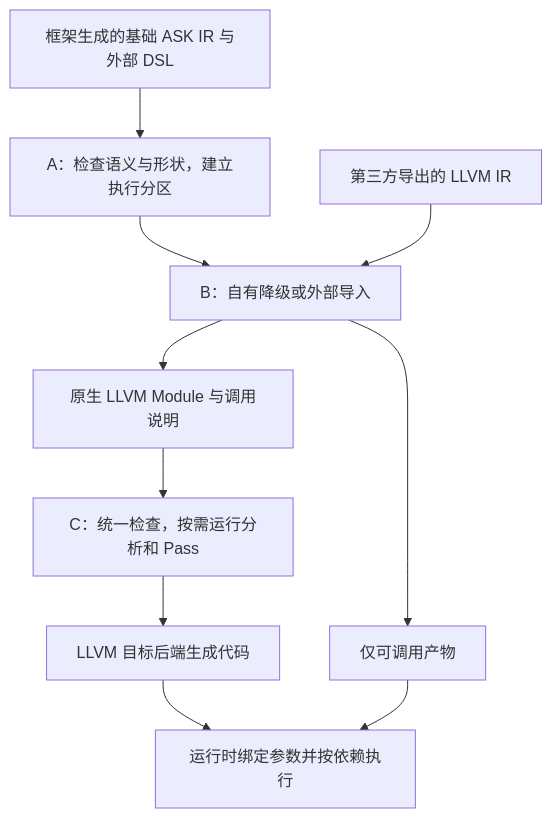
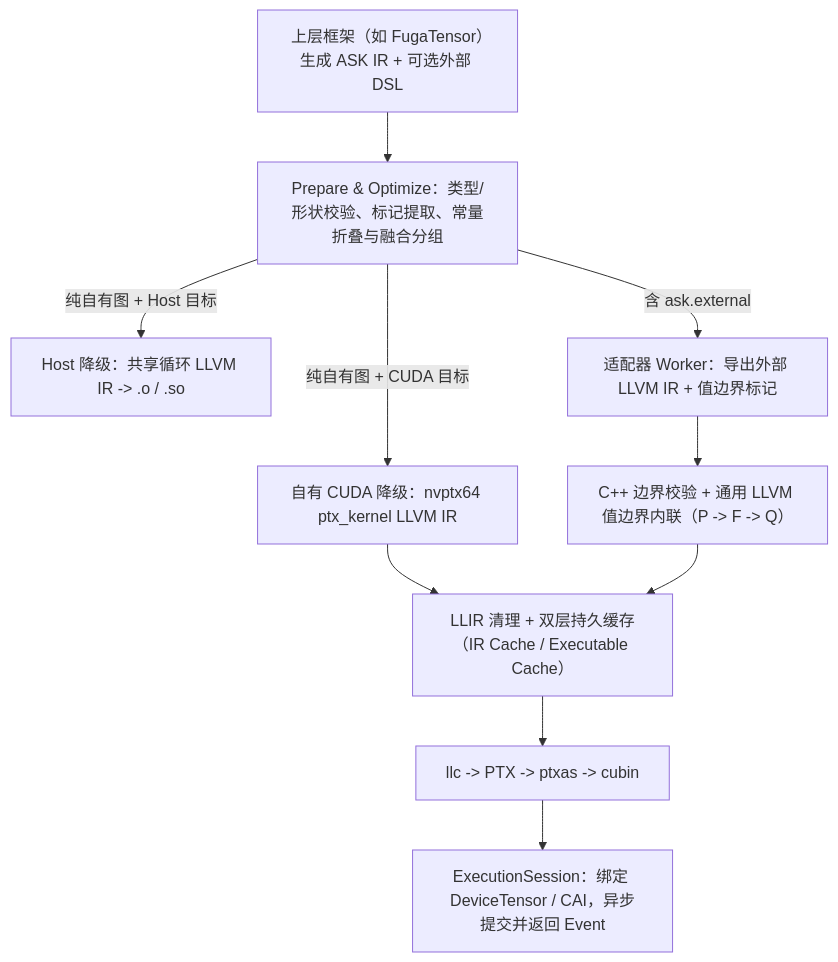
One commit to fugatensor/ask changed the diagram in docs/核心思想.md. Above: the diagram before and after it, drawn with Mermaid. The commit also changed other lines of this file and 104 other files, not shown here.

````diff
--- a/docs/核心思想.md
+++ b/docs/核心思想.md
@@ -123,12 +87,12 @@
 ```mermaid
 flowchart TD
-    G["框架生成的基础 ASK IR 与外部 DSL"] --> A["A：检查语义与形状，建立执行分区"]
-    A --> B["B：自有降级或外部导入"]
-    X["第三方导出的 LLVM IR"] --> B
-    B --> L["原生 LLVM Module 与调用说明"]
-    L --> C["C：统一检查，按需运行分析和 Pass"]
-    C --> E["LLVM 目标后端生成代码"]
-    B --> O["仅可调用产物"]
-    E --> R["运行时绑定参数并按依赖执行"]
-    O --> R
+    F["上层框架（如 FugaTensor）生成 ASK IR + 可选外部 DSL"] --> P["Prepare & Optimize：类型/形状校验、标记提取、常量折叠与融合分组"]
+    P -->|纯自有图 + Host 目标| H["Host 降级：共享循环 LLVM IR -> .o / .so"]
+    P -->|纯自有图 + CUDA 目标| G["自有 CUDA 降级：nvptx64 ptx_kernel LLVM IR"]
+    P -->|含 ask.external| W["适配器 Worker：导出外部 LLVM IR + 值边界标记"]
+    W --> I["C++ 边界校验 + 通用 LLVM 值边界内联（P -> F -> Q）"]
+    G --> L["LLIR 清理 + 双层持久缓存（IR Cache / Executable Cache）"]
+    I --> L
+    L --> C["llc -> PTX -> ptxas -> cubin"]
+    C --> R["ExecutionSession：绑定 DeviceTensor / CAI，异步提交并返回 Event"]
 ```
````
